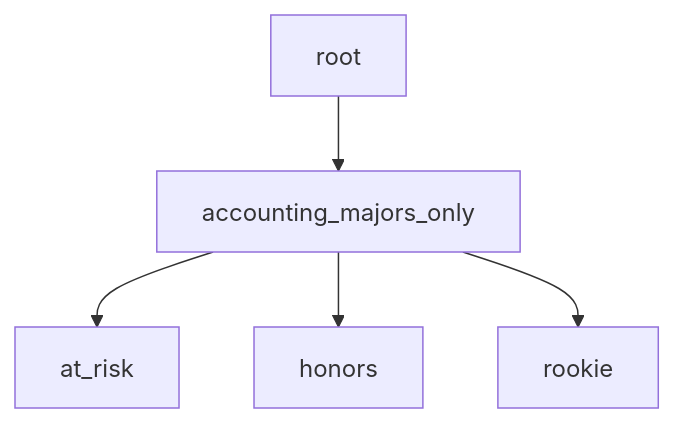
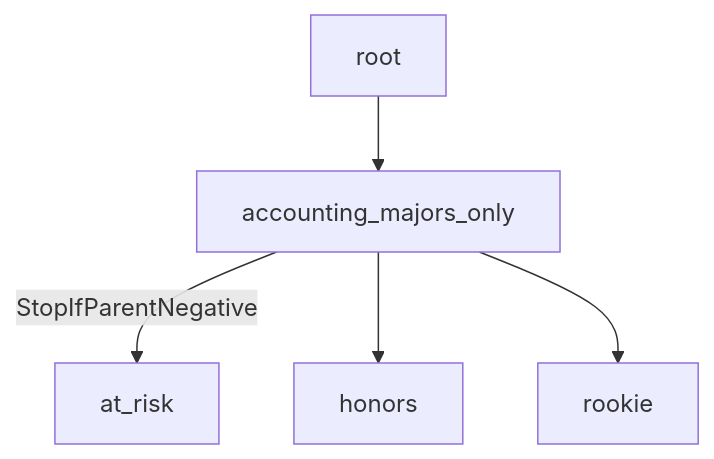
Before and after one commit to ezachrisen/indigo: the second of 2 diagrams in guide.md, drawn with Mermaid.

Commit message:
added organization

````diff
--- a/guide.md
+++ b/guide.md
@@ -1519,9 +1519,9 @@
 ```mermaid
 graph TD;
 
 root --> accounting_majors_only;
-accounting_majors_only --> at_risk;
+accounting_majors_only -- StopIfParentNegative --> at_risk;
 accounting_majors_only --> honors;
 accounting_majors_only --> rookie;
 
 ```
````
